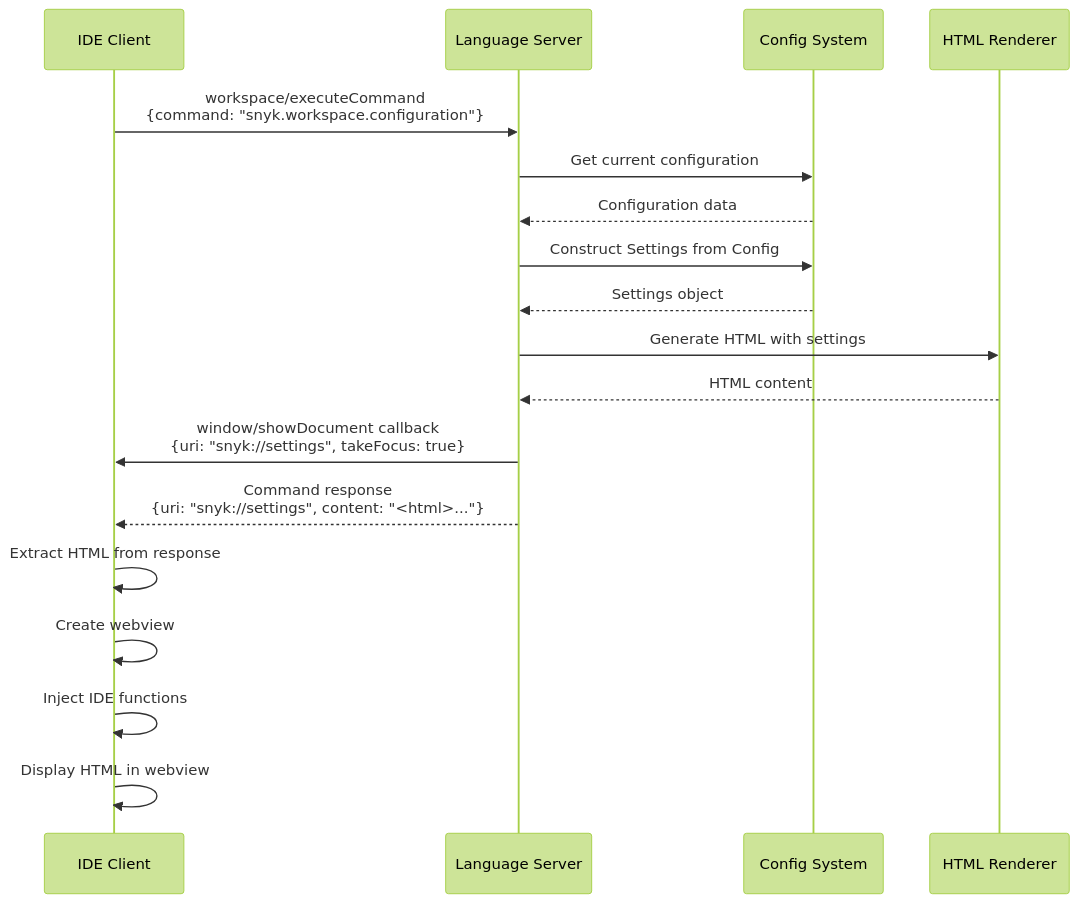
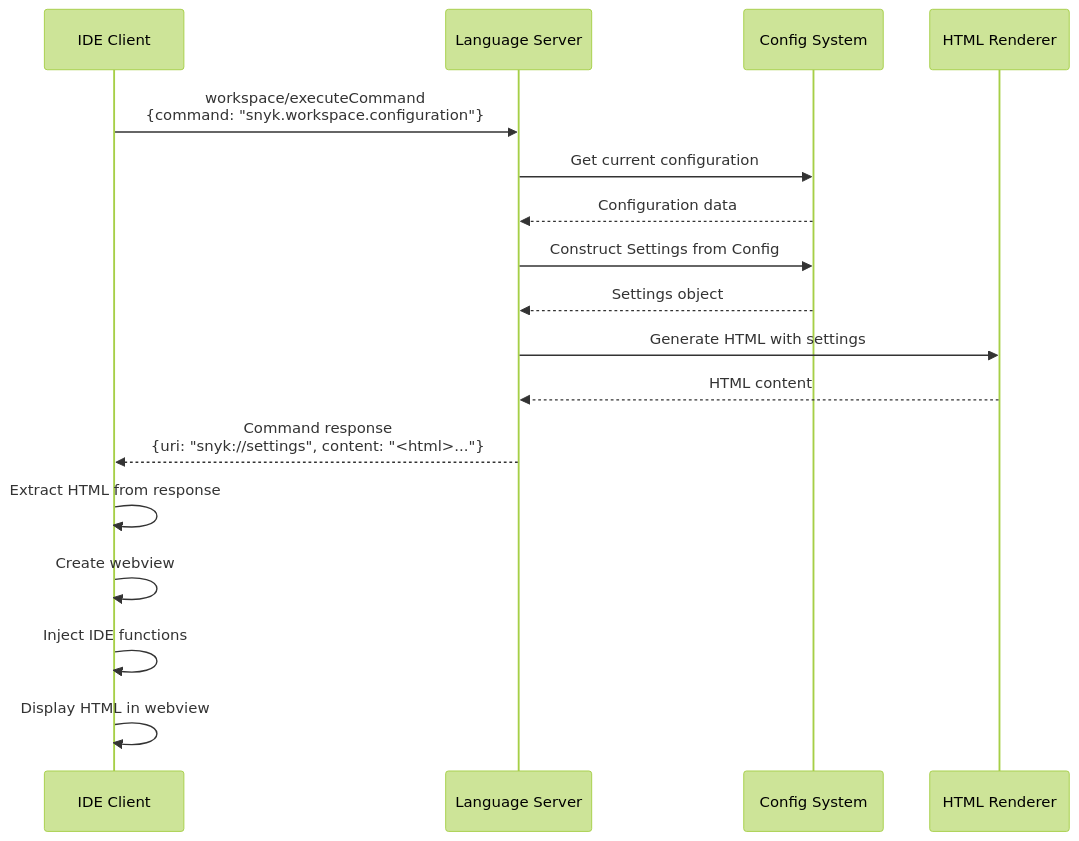
One commit to snyk/snyk-ls changed the diagram in docs/diagrams/configuration-dialog-open.mmd. Above: the diagram before and after it, drawn with Mermaid (forest theme). The commit also changed 4 other files, not shown here.

First line of the commit message:
refactor: remove unnecessary window/showDocument callback [IDE-1455]

```diff
--- a/docs/diagrams/configuration-dialog-open.mmd
+++ b/docs/diagrams/configuration-dialog-open.mmd
@@ -1,25 +1,23 @@
 sequenceDiagram
     participant IDE as IDE Client
     participant LSP as Language Server
     participant Config as Config System
     participant HTML as HTML Renderer
     
     IDE->>LSP: workspace/executeCommand<br/>{command: "snyk.workspace.configuration"}
     
     LSP->>Config: Get current configuration
     Config-->>LSP: Configuration data
     
     LSP->>Config: Construct Settings from Config
     Config-->>LSP: Settings object
     
     LSP->>HTML: Generate HTML with settings
     HTML-->>LSP: HTML content
     
-    LSP->>IDE: window/showDocument callback<br/>{uri: "snyk://settings", takeFocus: true}
-    
     LSP-->>IDE: Command response<br/>{uri: "snyk://settings", content: "<html>..."}
     
     IDE->>IDE: Extract HTML from response
     IDE->>IDE: Create webview
     IDE->>IDE: Inject IDE functions
     IDE->>IDE: Display HTML in webview
```
